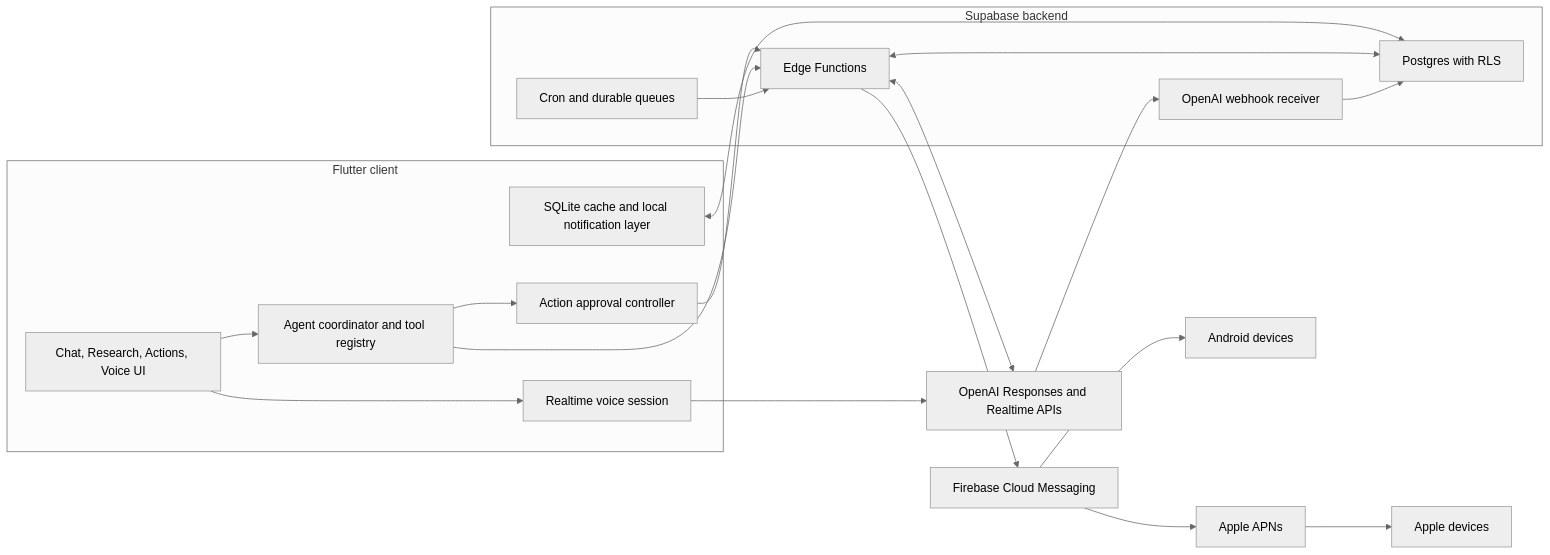
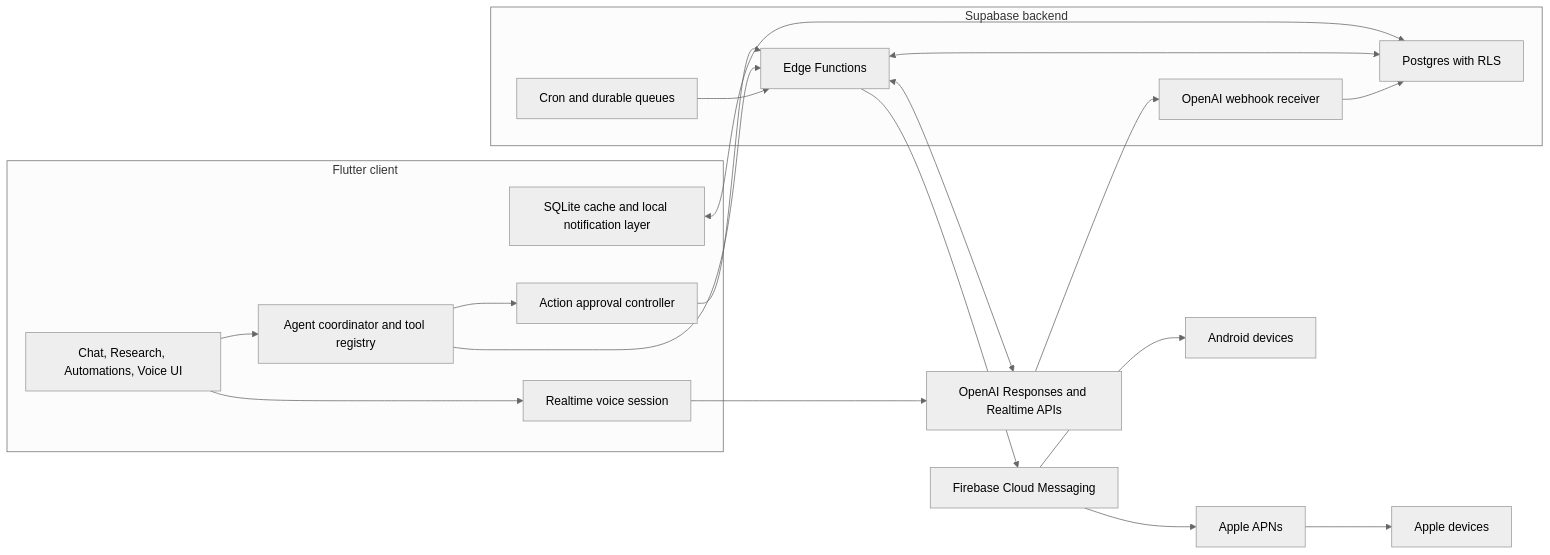
One commit to hao6yu/howai-agent changed the diagram in docs/HOWAI_2_0_IMPLEMENTATION_PLAN.md. Above: the diagram before and after it, drawn with Mermaid (neutral theme). The commit also changed other lines of this file and 28 other files, not shown here.

````diff
--- a/docs/HOWAI_2_0_IMPLEMENTATION_PLAN.md
+++ b/docs/HOWAI_2_0_IMPLEMENTATION_PLAN.md
@@ -255,40 +269,40 @@
 ```mermaid
 flowchart LR
     subgraph Client["Flutter client"]
-        UI["Chat, Research, Actions, Voice UI"]
+        UI["Chat, Research, Automations, Voice UI"]
         Agent["Agent coordinator and tool registry"]
         Approval["Action approval controller"]
         Voice["Realtime voice session"]
         Local["SQLite cache and local notification layer"]
     end
 
     subgraph Supabase["Supabase backend"]
         DB["Postgres with RLS"]
         Cron["Cron and durable queues"]
         Functions["Edge Functions"]
         Webhooks["OpenAI webhook receiver"]
     end
 
     OpenAI["OpenAI Responses and Realtime APIs"]
     FCM["Firebase Cloud Messaging"]
     APNS["Apple APNs"]
     Android["Android devices"]
     Apple["Apple devices"]
 
     UI --> Agent
     UI --> Voice
     Agent --> Approval
     Approval --> Functions
     Agent --> Functions
     Voice --> OpenAI
     Local <--> DB
     Functions <--> DB
     Functions <--> OpenAI
     OpenAI --> Webhooks
     Webhooks --> DB
     Cron --> Functions
     Functions --> FCM
     FCM --> Android
     FCM --> APNS
     APNS --> Apple
 ```
````
